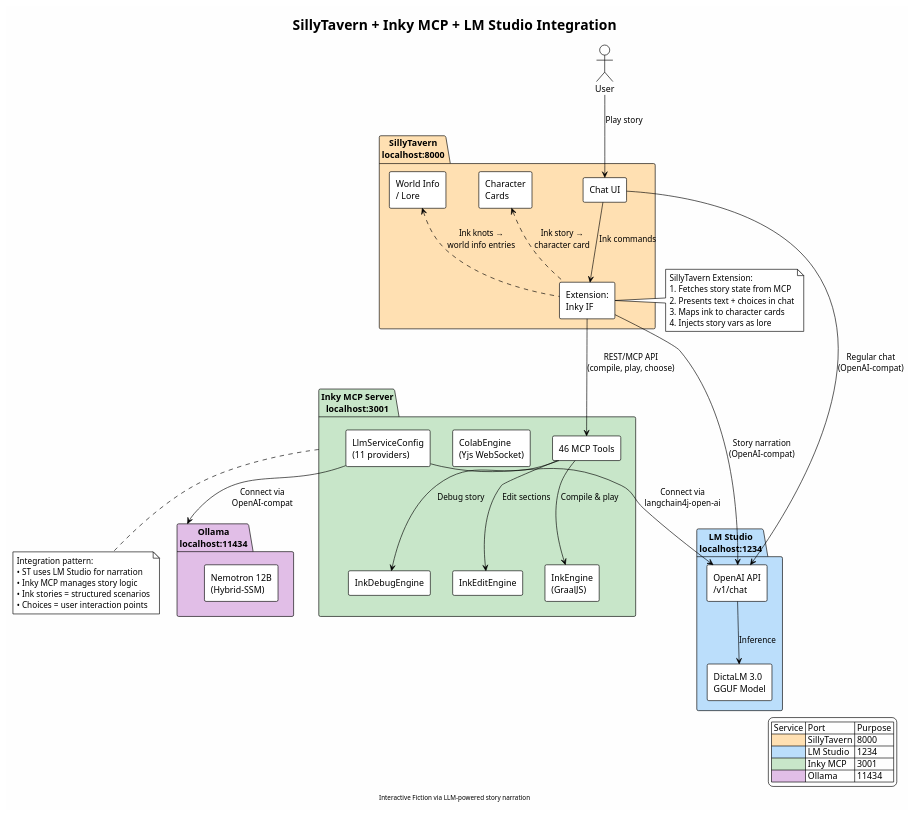
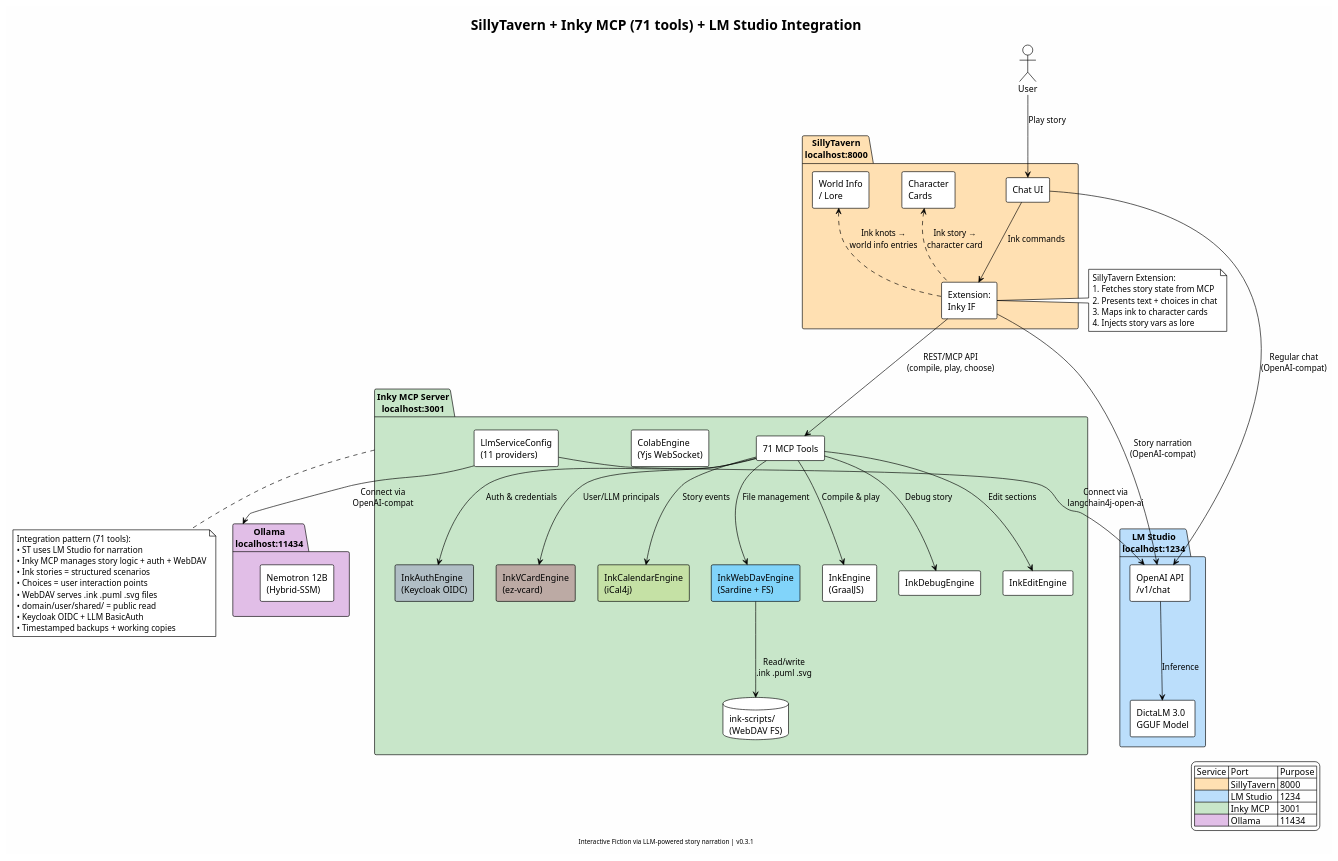
Before and after one commit to VRDate/inky: the diagram in docs/architecture/sillytavern-ink-integration.puml, drawn with PlantUML. The commit also changed 5 other files, not shown here.

First line of the commit message:
Sync all docs, PUMLs, and MD with 71-tool architecture; add MCP server test plan

```diff
--- a/docs/architecture/sillytavern-ink-integration.puml
+++ b/docs/architecture/sillytavern-ink-integration.puml
@@ -1,84 +1,98 @@
 @startuml sillytavern-ink-integration
 !theme plain
 skinparam backgroundColor #FEFEFE
 
-title SillyTavern + Inky MCP + LM Studio Integration
-footer Interactive Fiction via LLM-powered story narration
+title SillyTavern + Inky MCP (71 tools) + LM Studio Integration
+footer Interactive Fiction via LLM-powered story narration | v0.3.1
 
 actor "User" as user
 
 ' ── SillyTavern ──
 package "SillyTavern\nlocalhost:8000" as st #FFE0B2 {
     rectangle "Chat UI" as chatUI
     rectangle "Character\nCards" as cards
     rectangle "World Info\n/ Lore" as worldInfo
     rectangle "Extension:\nInky IF" as stExtension
 }
 
 ' ── LM Studio ──
 package "LM Studio\nlocalhost:1234" as lms #BBDEFB {
     rectangle "OpenAI API\n/v1/chat" as lmsApi
     rectangle "DictaLM 3.0\nGGUF Model" as lmsModel
 }
 
 ' ── Inky MCP Server ──
 package "Inky MCP Server\nlocalhost:3001" as mcp #C8E6C9 {
-    rectangle "46 MCP Tools" as mcpTools
+    rectangle "71 MCP Tools" as mcpTools
     rectangle "InkEngine\n(GraalJS)" as inkEngine
     rectangle "InkDebugEngine" as debugEngine
     rectangle "InkEditEngine" as editEngine
     rectangle "ColabEngine\n(Yjs WebSocket)" as colabEngine
+    rectangle "InkAuthEngine\n(Keycloak OIDC)" as authEngine #B0BEC5
+    rectangle "InkVCardEngine\n(ez-vcard)" as vcardEngine #BCAAA4
+    rectangle "InkCalendarEngine\n(iCal4j)" as calendarEngine #C5E1A5
+    rectangle "InkWebDavEngine\n(Sardine + FS)" as webDavEngine #81D4FA
 
     rectangle "LlmServiceConfig\n(11 providers)" as serviceConfig
+    database "ink-scripts/\n(WebDAV FS)" as inkScripts
 }
 
 ' ── Ollama (alternative) ──
 package "Ollama\nlocalhost:11434" as ollama #E1BEE7 {
     rectangle "Nemotron 12B\n(Hybrid-SSM)" as ollamaModel
 }
 
 ' ── Flows ──
 user --> chatUI : Play story
 chatUI --> stExtension : Ink commands
 stExtension --> mcpTools : REST/MCP API\n(compile, play, choose)
 stExtension --> lmsApi : Story narration\n(OpenAI-compat)
 
 chatUI --> lmsApi : Regular chat\n(OpenAI-compat)
 lmsApi --> lmsModel : Inference
 
 mcpTools --> inkEngine : Compile & play
 mcpTools --> debugEngine : Debug story
 mcpTools --> editEngine : Edit sections
+mcpTools --> authEngine : Auth & credentials
+mcpTools --> vcardEngine : User/LLM principals
+mcpTools --> calendarEngine : Story events
+mcpTools --> webDavEngine : File management
+webDavEngine --> inkScripts : Read/write\n.ink .puml .svg
 
 serviceConfig --> lmsApi : Connect via\nlangchain4j-open-ai
 serviceConfig --> ollama : Connect via\nOpenAI-compat
 
 cards <.. stExtension : Ink story →\ncharacter card
 worldInfo <.. stExtension : Ink knots →\nworld info entries
 
 ' ── Data flow annotations ──
 note right of stExtension
   SillyTavern Extension:
   1. Fetches story state from MCP
   2. Presents text + choices in chat
   3. Maps ink to character cards
   4. Injects story vars as lore
 end note
 
 note bottom of mcp
-  Integration pattern:
+  Integration pattern (71 tools):
   • ST uses LM Studio for narration
-  • Inky MCP manages story logic
+  • Inky MCP manages story logic + auth + WebDAV
   • Ink stories = structured scenarios
   • Choices = user interaction points
+  • WebDAV serves .ink .puml .svg files
+  • domain/user/shared/ = public read
+  • Keycloak OIDC + LLM BasicAuth
+  • Timestamped backups + working copies
 end note
 
 legend right
   | Service | Port | Purpose |
   |<#FFE0B2>| SillyTavern | 8000 | Chat frontend |
   |<#BBDEFB>| LM Studio | 1234 | LLM inference |
   |<#C8E6C9>| Inky MCP | 3001 | Ink engine + tools |
   |<#E1BEE7>| Ollama | 11434 | Alt. inference |
 endlegend
 
 @enduml
```
